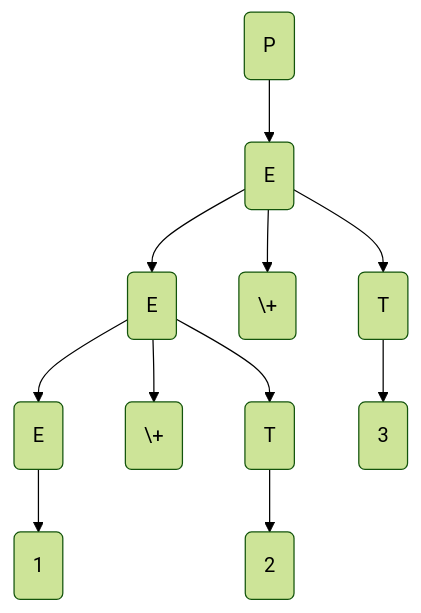
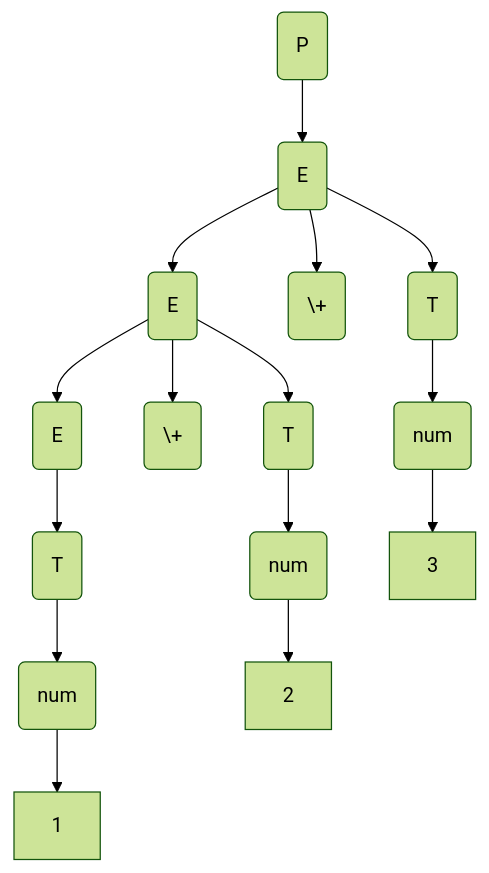
One commit to Mirror83/recursive_descent_calculator changed the third of 3 diagrams in README.md. Above: the diagram before and after it, drawn with Mermaid (forest theme). The commit also changed other lines of this file, not shown here.

````diff
--- a/README.md
+++ b/README.md
@@ -107,13 +113,17 @@
 ```mermaid
 flowchart TD
     A(P) --> B(E)
     B --> C(E)
     B --> D(\+)
     B --> F(T)
     C --> G(E)
     C --> H(\+)
     C --> I(T)
-    G --> J(1)
-    I --> K(2)
-    F --> L(3)
+    G --> J(T)
+    I --> K(num)
+    F --> L(num)
+    J --> M(num)
+    M --> N[1]
+    L --> O[3]
+    K --> P[2]
 ```
````
